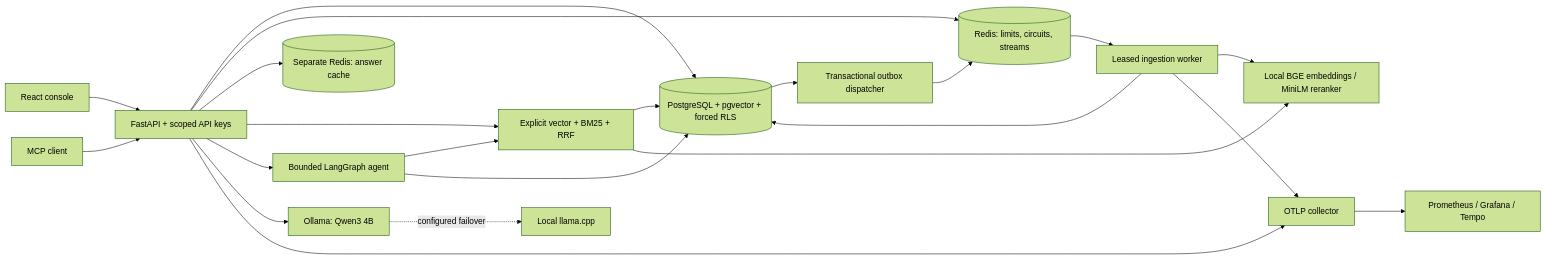
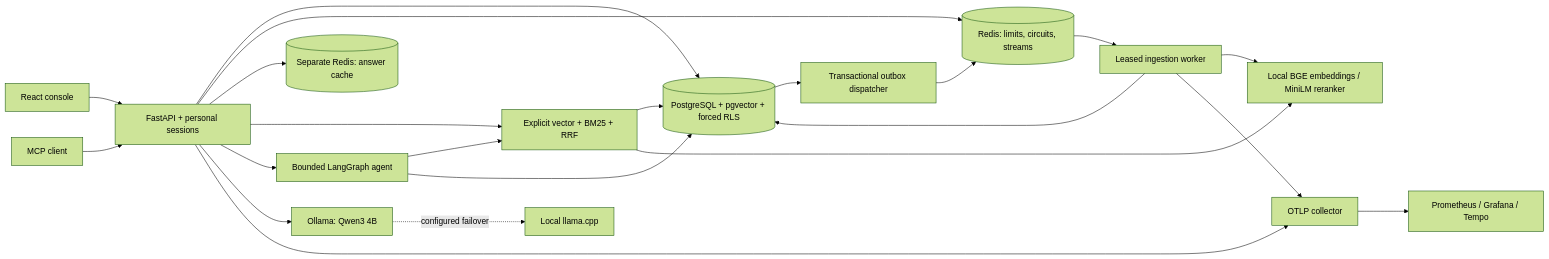
Before and after one commit to shivam0870/atlas: the diagram in README.md, drawn with Mermaid (forest theme). The commit also changed other lines of this file and 150 other files, not shown here.

````diff
--- a/README.md
+++ b/README.md
@@ -37,24 +37,24 @@
 ```mermaid
 flowchart LR
-    UI[React console] --> API[FastAPI + scoped API keys]
+    UI[React console] --> API[FastAPI + personal sessions]
     MCP[MCP client] --> API
     API --> PG[(PostgreSQL + pgvector + forced RLS)]
     API --> CONTROL[(Redis: limits, circuits, streams)]
     API --> CACHE[(Separate Redis: answer cache)]
     API --> SEARCH[Explicit vector + BM25 + RRF]
     SEARCH --> PG
     SEARCH --> BGE[Local BGE embeddings / MiniLM reranker]
     API --> AGENT[Bounded LangGraph agent]
     AGENT --> SEARCH
     AGENT --> PG
     API --> LLM[Ollama: Qwen3 4B]
     LLM -. configured failover .-> SECONDARY[Local llama.cpp]
     PG --> OUTBOX[Transactional outbox dispatcher]
     OUTBOX --> CONTROL
     CONTROL --> WORKER[Leased ingestion worker]
     WORKER --> BGE
     WORKER --> PG
     API --> OTEL[OTLP collector]
     WORKER --> OTEL
     OTEL --> OBS[Prometheus / Grafana / Tempo]
 ```
````
